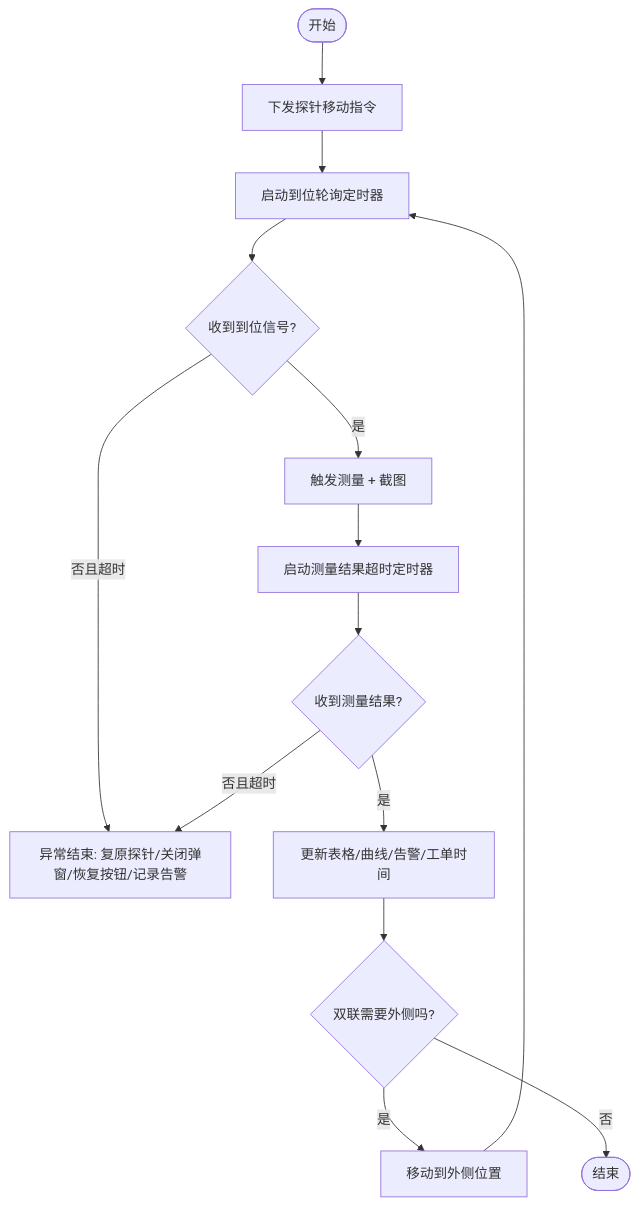
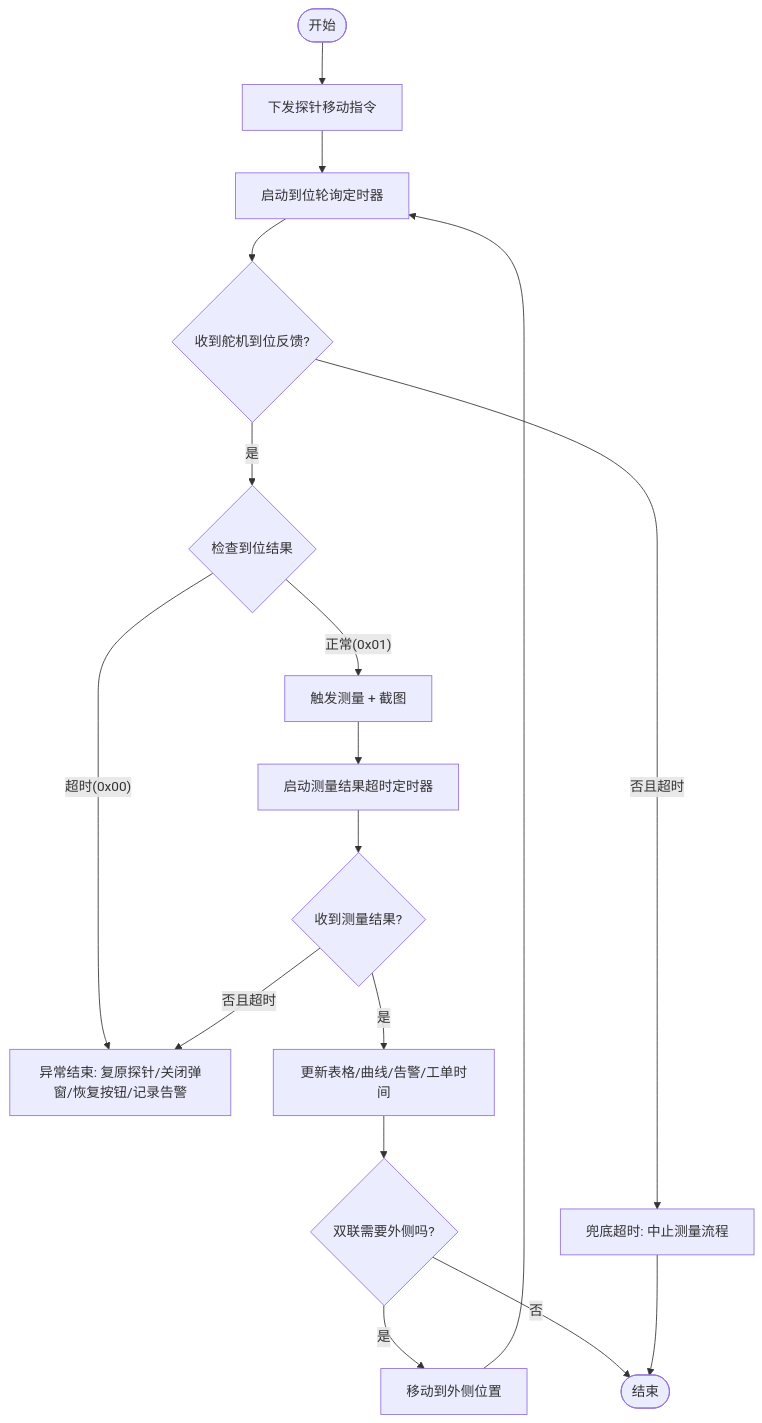
Before and after one commit to yangreest/Zero-value-Insulator-Robot-V2: the third of 6 diagrams in .qoder/repowiki/zh/content/系统架构/模块结构/UI模块.md, drawn with Mermaid. The commit also changed other lines of this file and 4 other files, not shown here.

````diff
--- a/.qoder/repowiki/zh/content/系统架构/模块结构/UI模块.md
+++ b/.qoder/repowiki/zh/content/系统架构/模块结构/UI模块.md
@@ -128,16 +151,19 @@
 ```mermaid
 flowchart TD
 Start(["开始"]) --> ProbeMove["下发探针移动指令"]
 ProbeMove --> WaitProbe["启动到位轮询定时器"]
-WaitProbe --> Arrived{"收到到位信号?"}
-Arrived -- 是 --> Trigger["触发测量 + 截图"]
-Arrived -- 否且超时 --> Abort["异常结束: 复原探针/关闭弹窗/恢复按钮/记录告警"]
+WaitProbe --> Arrived{"收到舵机到位反馈?"}
+Arrived -- 是 --> CheckResult{"检查到位结果"}
+CheckResult -- 正常(0x01) --> Trigger["触发测量 + 截图"]
+CheckResult -- 超时(0x00) --> Abort["异常结束: 复原探针/关闭弹窗/恢复按钮/记录告警"]
+Arrived -- 否且超时 --> TimeoutAbort["兜底超时: 中止测量流程"]
 Trigger --> ArmTimeout["启动测量结果超时定时器"]
 ArmTimeout --> Result{"收到测量结果?"}
 Result -- 是 --> Update["更新表格/曲线/告警/工单时间"]
 Result -- 否且超时 --> Abort
 Update --> Next{"双联需要外侧吗?"}
 Next -- 是 --> MoveNext["移动到外侧位置"]
 Next -- 否 --> End(["结束"])
 MoveNext --> WaitProbe
+TimeoutAbort --> End
 ```
````
